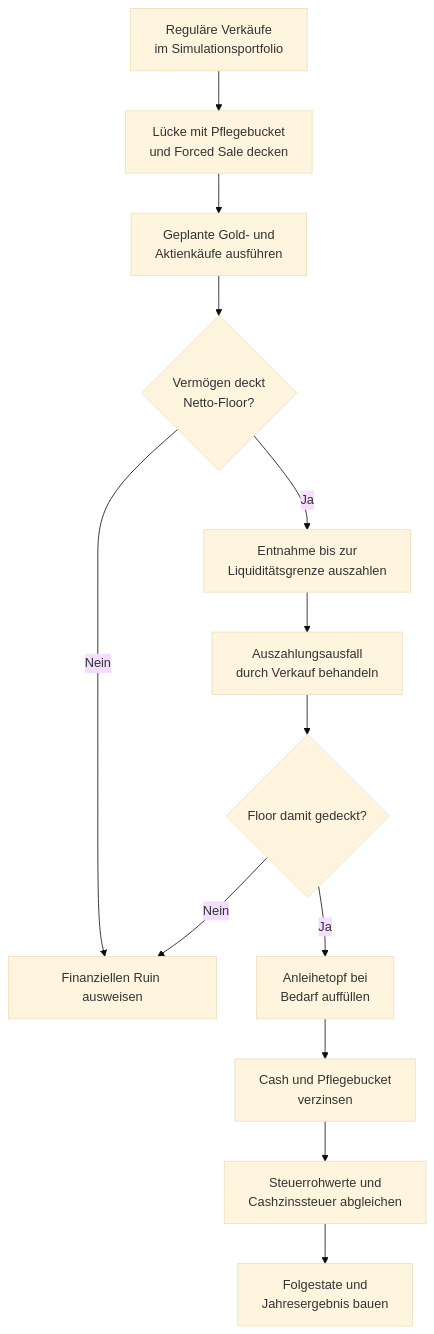
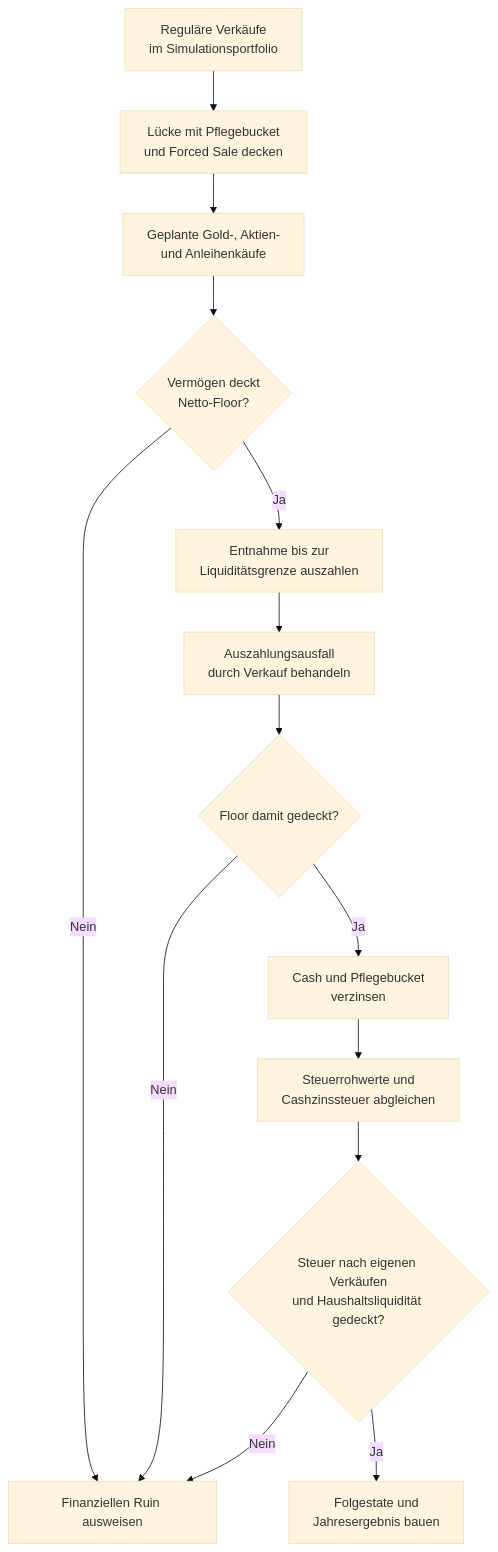
The second of 2 diagrams in docs/reference/SIMULATOR_MODULES_README.md (dieteresser62-lab/Vermoegen-und-Ruhestand), drawn with Mermaid (base theme) before and after one commit. The commit also changed other lines of this file and 340 other files, not shown here.

````diff
--- a/docs/reference/SIMULATOR_MODULES_README.md
+++ b/docs/reference/SIMULATOR_MODULES_README.md
@@ -91,15 +102,16 @@
 ```mermaid
 flowchart TD
     Sales["Reguläre Verkäufe<br/>im Simulationsportfolio"] --> Cover["Lücke mit Pflegebucket<br/>und Forced Sale decken"]
-    Cover --> Buys["Geplante Gold- und<br/>Aktienkäufe ausführen"]
+    Cover --> Buys["Geplante Gold-, Aktien-<br/>und Anleihenkäufe"]
     Buys --> Floor{"Vermögen deckt<br/>Netto-Floor?"}
     Floor -->|"Nein"| Ruin["Finanziellen Ruin ausweisen"]
     Floor -->|"Ja"| Payout["Entnahme bis zur<br/>Liquiditätsgrenze auszahlen"]
     Payout --> Fallback["Auszahlungsausfall<br/>durch Verkauf behandeln"]
     Fallback --> Paid{"Floor damit gedeckt?"}
     Paid -->|"Nein"| Ruin
-    Paid -->|"Ja"| Refill["Anleihetopf bei<br/>Bedarf auffüllen"]
-    Refill --> Interest["Cash und Pflegebucket<br/>verzinsen"]
+    Paid -->|"Ja"| Interest["Cash und Pflegebucket<br/>verzinsen"]
     Interest --> Tax["Steuerrohwerte und<br/>Cashzinssteuer abgleichen"]
-    Tax --> Next["Folgestate und<br/>Jahresergebnis bauen"]
+    Tax --> TaxPaid{"Steuer nach eigenen Verkäufen<br/>und Haushaltsliquidität gedeckt?"}
+    TaxPaid -->|"Nein"| Ruin
+    TaxPaid -->|"Ja"| Next["Folgestate und<br/>Jahresergebnis bauen"]
 ```
````
